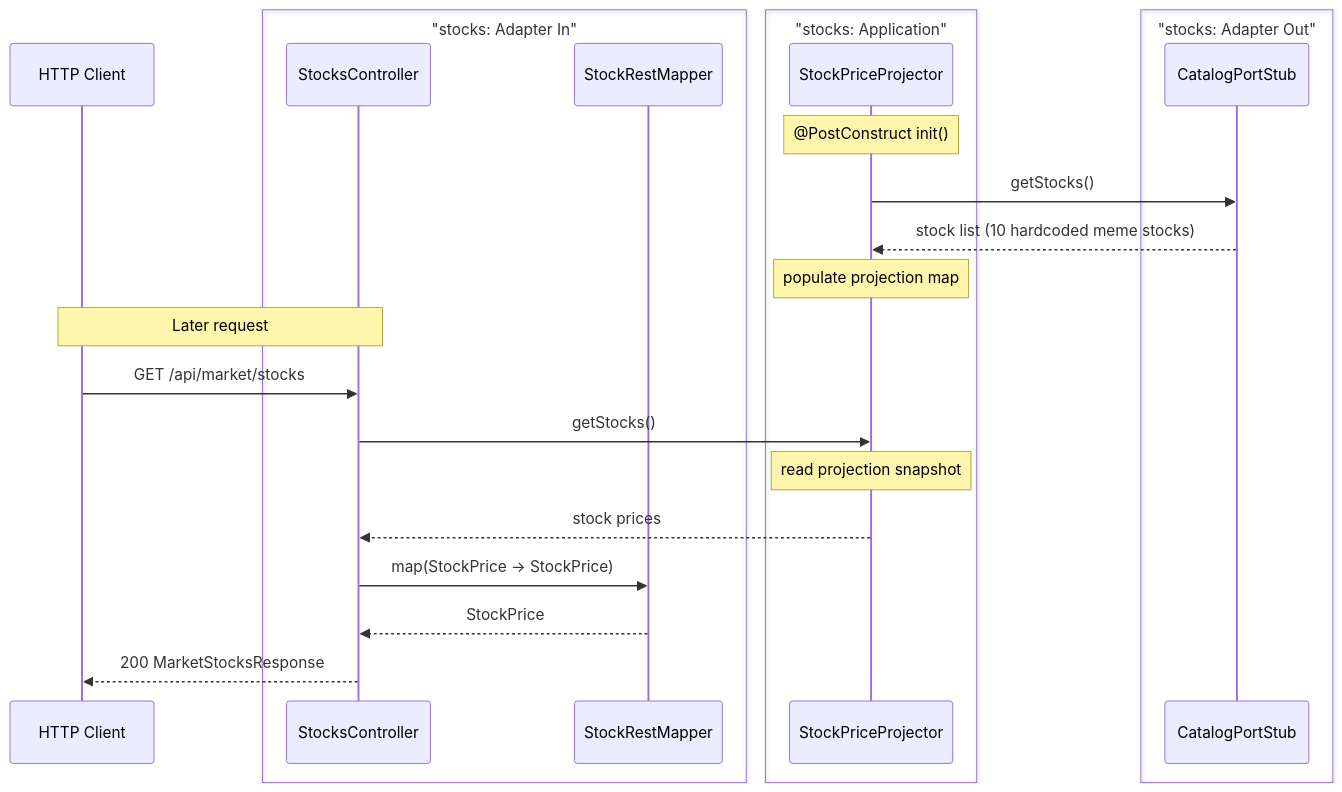
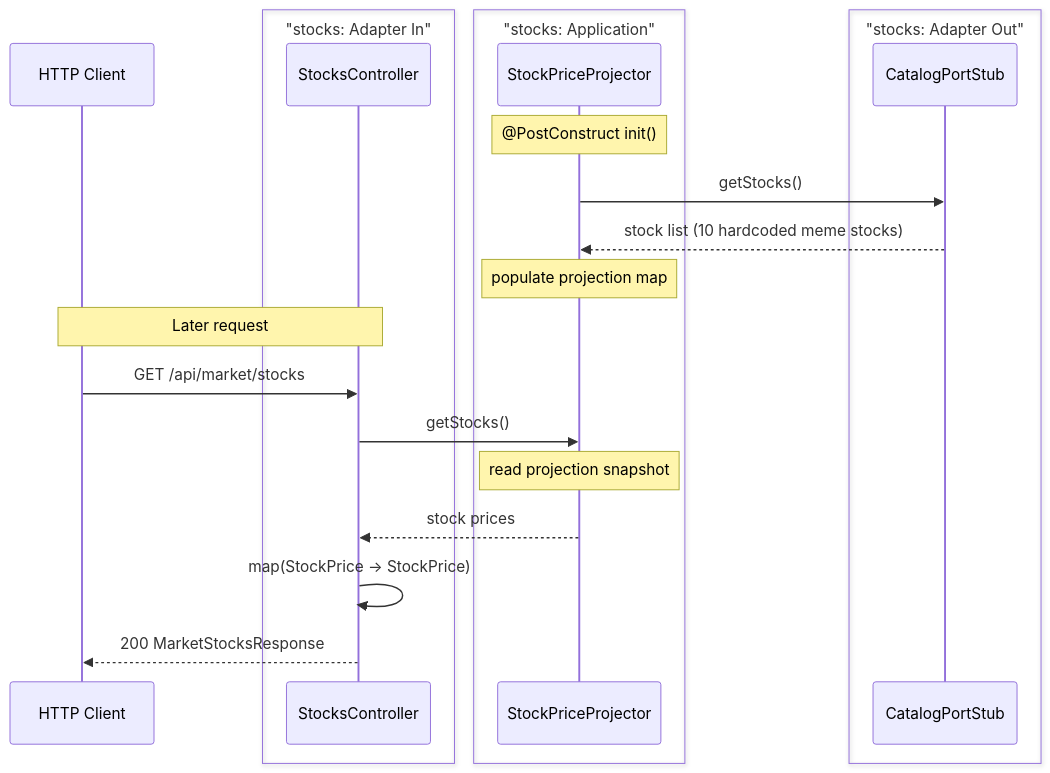
One commit to franBec/stonks-simulator changed the fifth of 7 diagrams in stonks_java/README.md. Above: the diagram before and after it, drawn with Mermaid. The commit also changed other lines of this file and 9 other files, not shown here.

First line of the commit message:
Fix modulith module boundaries for cobol/config and update README diagrams

````diff
--- a/stonks_java/README.md
+++ b/stonks_java/README.md
@@ -155,28 +156,26 @@
 ```mermaid
 sequenceDiagram
     participant Client as HTTP Client
     box "stocks: Adapter In"
     participant SC as StocksController
-    participant SRM as StockRestMapper
     end
     box "stocks: Application"
     participant SPP as StockPriceProjector
     end
     box "stocks: Adapter Out"
     participant CPS as CatalogPortStub
     end
 
     Note over SPP: @PostConstruct init()
     SPP->>CPS: getStocks()
     CPS-->>SPP: stock list (10 hardcoded meme stocks)
     Note over SPP: populate projection map
 
     Note over Client,SC: Later request
     Client->>SC: GET /api/market/stocks
     SC->>SPP: getStocks()
     Note over SPP: read projection snapshot
     SPP-->>SC: stock prices
-    SC->>SRM: map(StockPrice → StockPrice)
-    SRM-->>SC: StockPrice
+    SC->>SC: map(StockPrice → StockPrice)
     SC-->>Client: 200 MarketStocksResponse
 ```
````
